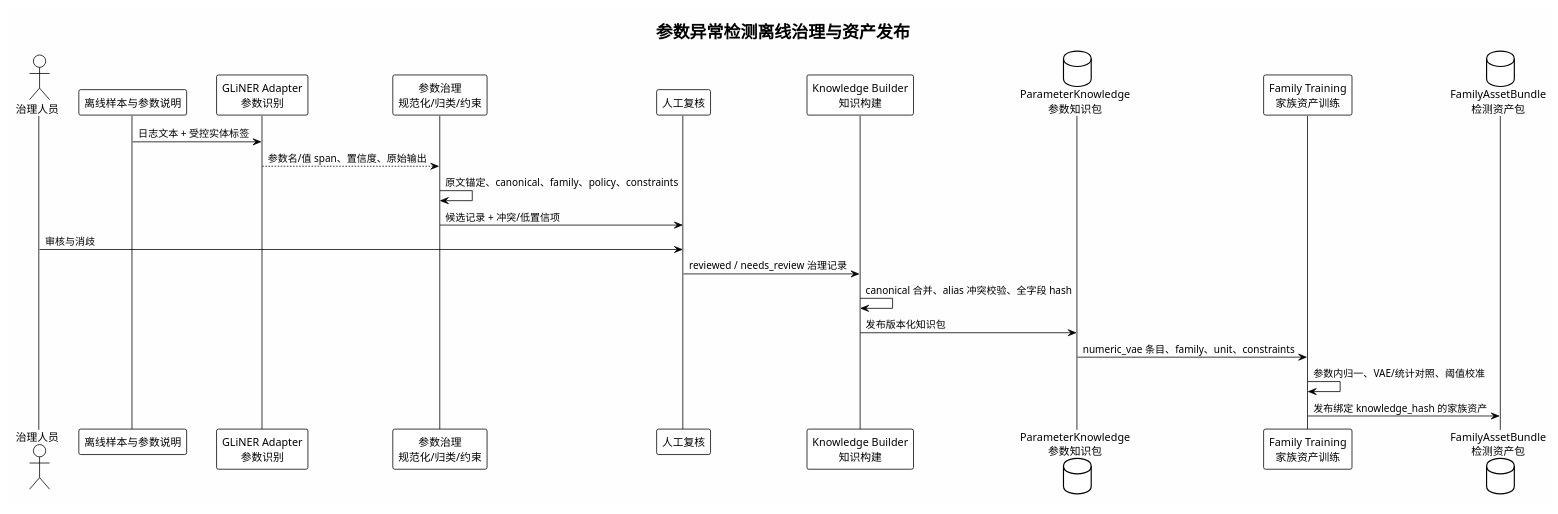
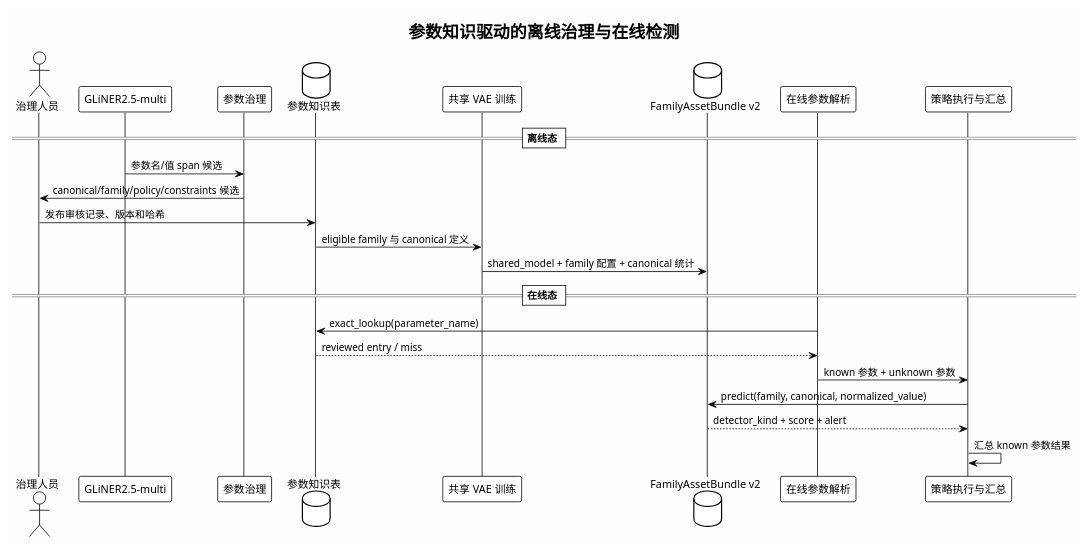
One commit to HouMonKy/TIG-PIPLUP changed the sixth of 11 diagrams in LogNet3.0方案设计与实现文档.md. Above: the diagram before and after it, drawn with PlantUML. The commit also changed other lines of this file, not shown here.

Commit message:
docs: streamline parameter anomaly design for shared VAE

````diff
--- a/LogNet3.0方案设计与实现文档.md
+++ b/LogNet3.0方案设计与实现文档.md
@@ -1102,32 +761,34 @@
 ```plantuml
-@startuml Parameter_Offline_Flow
+@startuml Parameter_Anomaly_Flow
 !theme plain
 skinparam backgroundColor #FEFEFE
 skinparam shadowing false
 
-title 参数异常检测离线治理与资产发布
+title 参数知识驱动的离线治理与在线检测
 
 actor "治理人员" as Reviewer
-participant "离线样本与参数说明" as Source
-participant "GLiNER Adapter\n参数识别" as GLiNER
-participant "参数治理\n规范化/归类/约束" as Govern
-participant "人工复核" as Review
-participant "Knowledge Builder\n知识构建" as Builder
-database "ParameterKnowledge\n参数知识包" as Knowledge
-participant "Family Training\n家族资产训练" as Training
-database "FamilyAssetBundle\n检测资产包" as Assets
+participant "GLiNER2.5-multi" as GLiNER
+participant "参数治理" as Govern
+database "参数知识表" as Knowledge
+participant "共享 VAE 训练" as Training
+database "FamilyAssetBundle v2" as Assets
+participant "在线参数解析" as Parser
+participant "策略执行与汇总" as Detect
 
-Source -> GLiNER: 日志文本 + 受控实体标签
-GLiNER --> Govern: 参数名/值 span、置信度、原始输出
-Govern -> Govern: 原文锚定、canonical、family、policy、constraints
-Govern -> Review: 候选记录 + 冲突/低置信项
-Reviewer -> Review: 审核与消歧
-Review -> Builder: reviewed / needs_review 治理记录
-Builder -> Builder: canonical 合并、alias 冲突校验、全字段 hash
-Builder -> Knowledge: 发布版本化知识包
-Knowledge -> Training: numeric_vae 条目、family、unit、constraints
-Training -> Training: 参数内归一、VAE/统计对照、阈值校准
-Training -> Assets: 发布绑定 knowledge_hash 的家族资产
+== 离线态 ==
+GLiNER -> Govern: 参数名/值 span 候选
+Govern -> Reviewer: canonical/family/policy/constraints 候选
+Reviewer -> Knowledge: 发布审核记录、版本和哈希
+Knowledge -> Training: eligible family 与 canonical 定义
+Training -> Assets: shared_model + family 配置 + canonical 统计
+
+== 在线态 ==
+Parser -> Knowledge: exact_lookup(parameter_name)
+Knowledge --> Parser: reviewed entry / miss
+Parser -> Detect: known 参数 + unknown 参数
+Detect -> Assets: predict(family, canonical, normalized_value)
+Assets --> Detect: detector_kind + score + alert
+Detect -> Detect: 汇总 known 参数结果
 
 @enduml
 ```
````
